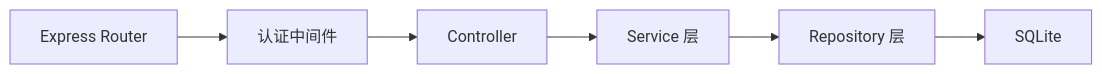
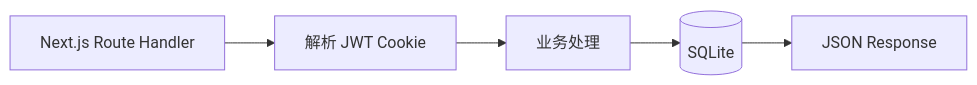
Before and after one commit to wukundaatt/language_tutor: the second of 3 diagrams in .trae/documents/technical-architecture.md, drawn with Mermaid. The commit also changed other lines of this file and 67 other files, not shown here.

````diff
--- a/.trae/documents/technical-architecture.md
+++ b/.trae/documents/technical-architecture.md
@@ -140,8 +162,7 @@
 ```mermaid
 flowchart LR
-    Router["Express Router"] --> AuthMW["认证中间件"]
-    AuthMW --> Ctrl["Controller"]
-    Ctrl --> Svc["Service 层"]
-    Svc --> Repo["Repository 层"]
-    Repo --> DB["SQLite"]
+    Route["Next.js Route Handler"] --> ParseCookie["解析 JWT Cookie"]
+    ParseCookie --> Handler["业务处理"]
+    Handler --> DB[(SQLite)]
+    DB --> Response["JSON Response"]
 ```
````
